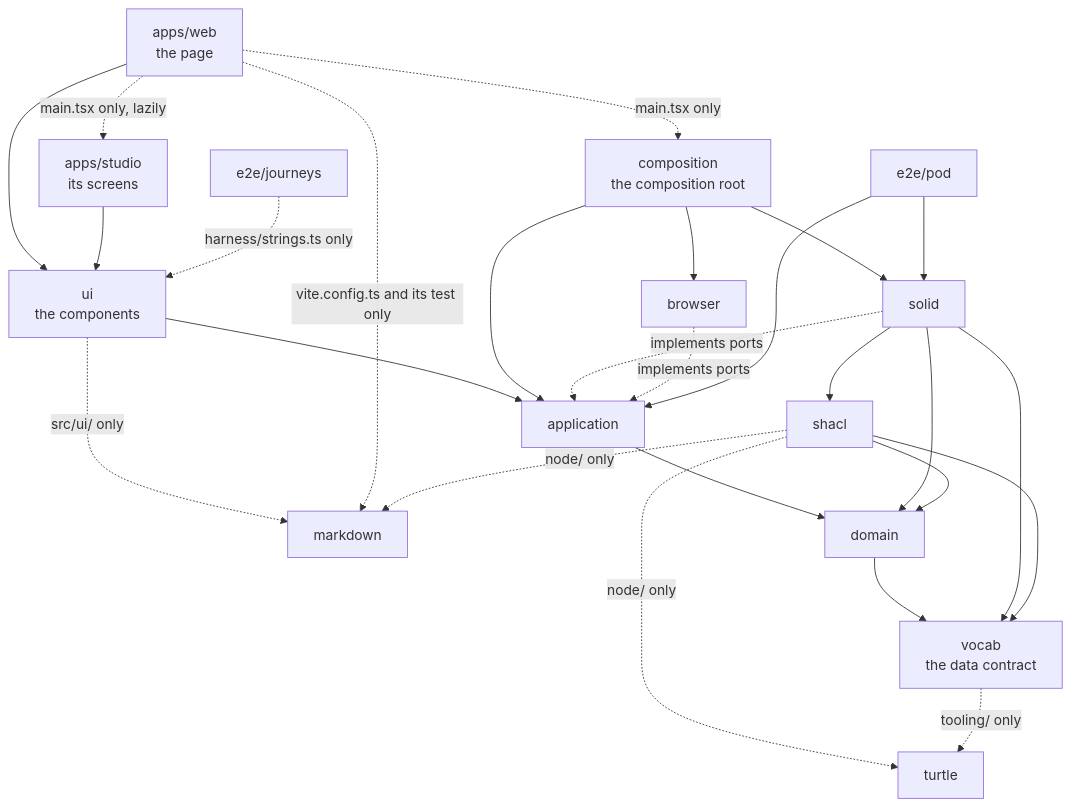
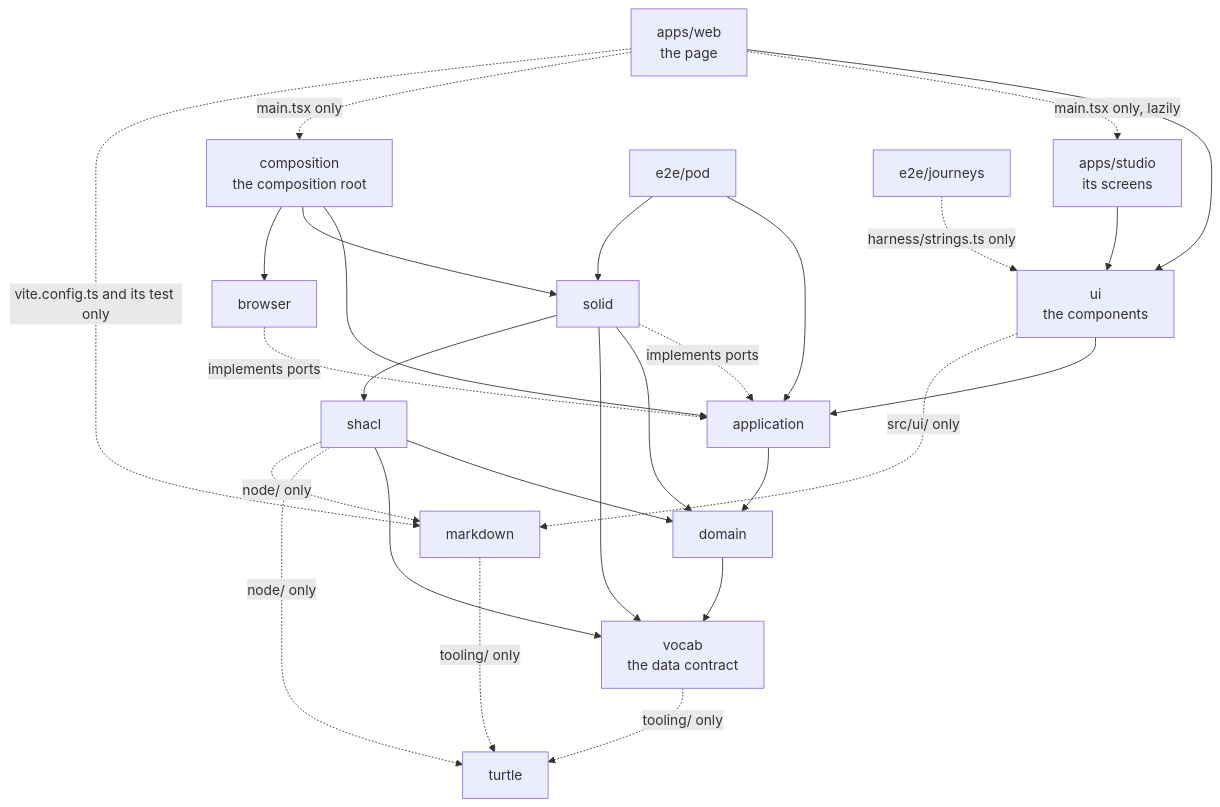
The diagram in docs/architecture.md (solid-memo/website), drawn with Mermaid before and after one commit. The commit also changed other lines of this file and 30 other files, not shown here.

````diff
--- a/docs/architecture.md
+++ b/docs/architecture.md
@@ -39,22 +39,23 @@
 ```mermaid
 graph TD
     accTitle: Package dependencies
     accDescr: Which packages import which, with a dotted arrow where an import is allowed only from certain files.
     web["apps/web<br/>the page"] --> ui["ui<br/>the components"]
     web -. "main.tsx only, lazily" .-> studio["apps/studio<br/>its screens"]
     studio --> ui
     ui --> application
     web -. "main.tsx only" .-> composition["composition<br/>the composition root"]
     composition --> application & solid & browser
     ui -. src/ui/ only .-> markdown
     web -. "vite.config.ts and its test only" .-> markdown
     application --> domain --> vocab["vocab<br/>the data contract"]
     solid -. implements ports .-> application
     solid --> domain & vocab & shacl
     browser -. implements ports .-> application
     shacl --> domain & vocab
     shacl -. node/ only .-> turtle & markdown
     vocab -. tooling/ only .-> turtle
+    markdown -. tooling/ only .-> turtle
     e2e["e2e/pod"] --> application & solid
     journeys["e2e/journeys"] -. "harness/strings.ts only" .-> ui
 ```
````
